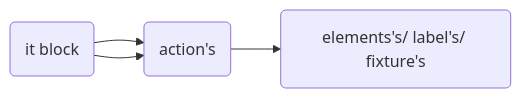
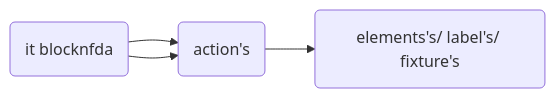
The diagram in README.md (tayyabsaleem7756/ignicube), drawn with Mermaid before and after one commit.

````diff
--- a/README.md
+++ b/README.md
@@ -232,5 +232,5 @@
 ```mermaid
 graph LR
 A(it block) -->B(action's) --> C(elements's/ label's/ fixture's)
-A(it block) -->B(action's)
+A(it blocknfda) -->B(action's)
 ```
````
